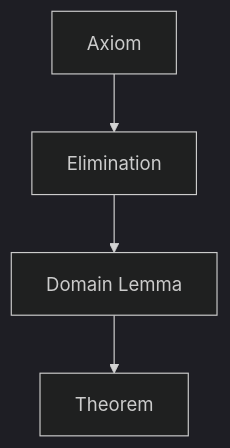
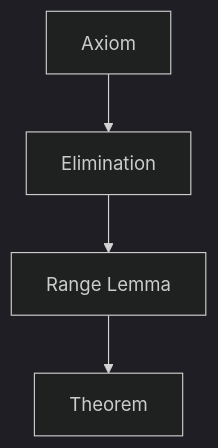
One commit to davecarr1024/sudologue changed the first of 4 diagrams in docs/design.md. Above: the diagram before and after it, drawn with Mermaid (dark theme). The commit also changed other lines of this file and 11 other files, not shown here.

````diff
--- a/docs/design.md
+++ b/docs/design.md
@@ -80,6 +80,6 @@
 ```mermaid
 flowchart TD
   A[Axiom] --> E[Elimination]
-  E --> L[Domain Lemma]
-  L --> T[Theorem]
+  E --> R[Range Lemma]
+  R --> T[Theorem]
 ```
````
